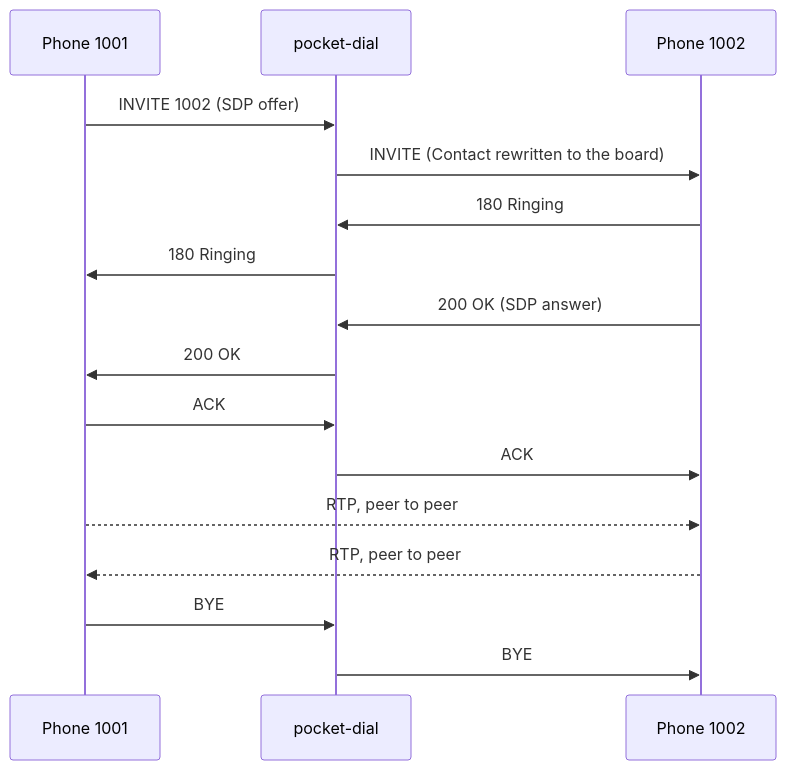
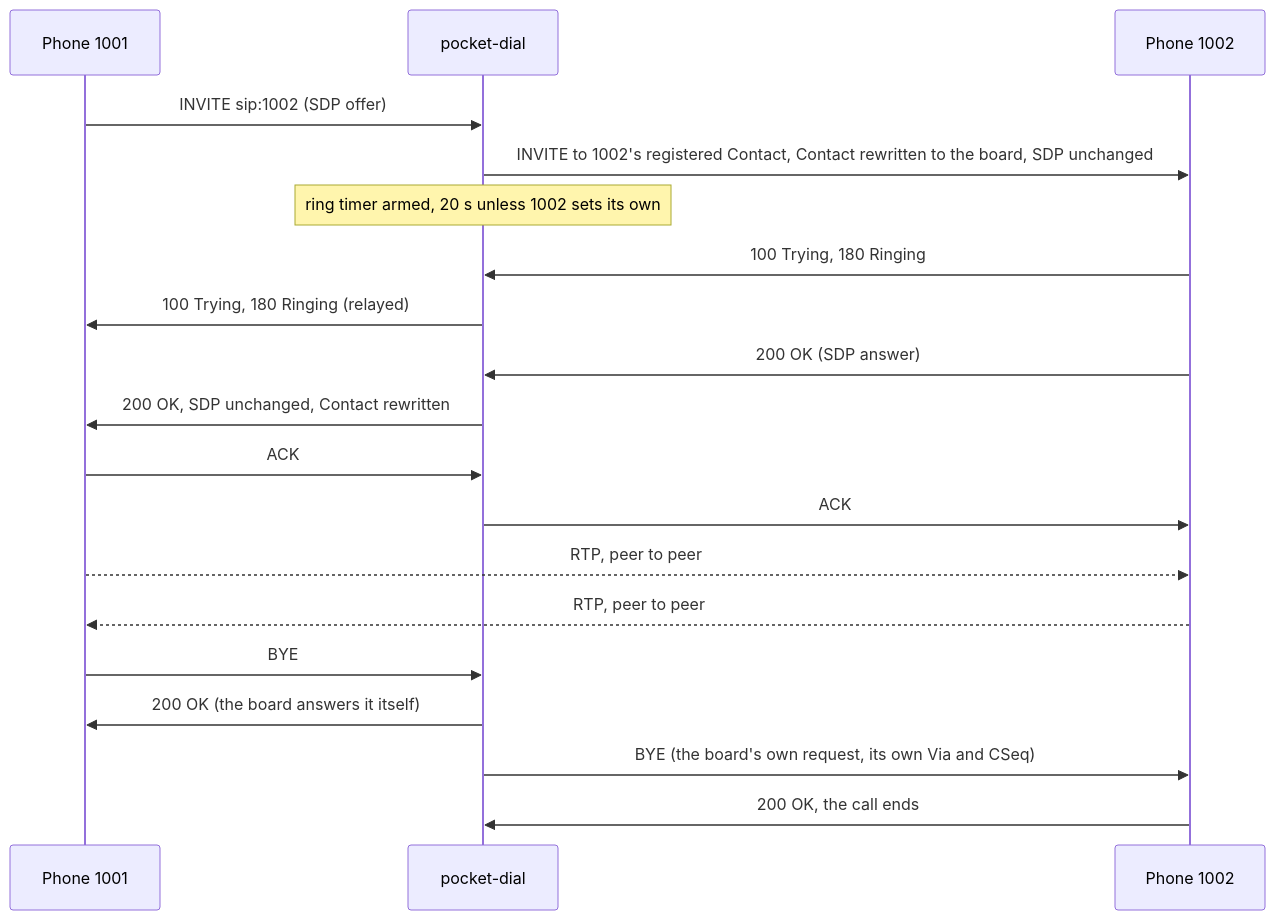
One commit to GlomarGadaffi/pocket-dial changed the second of 7 diagrams in README.md. Above: the diagram before and after it, drawn with Mermaid. The commit also changed other lines of this file and 3 other files, not shown here.

First line of the commit message:
docs: redraw the site diagrams against the code on main

````diff
--- a/README.md
+++ b/README.md
@@ -24,18 +27,21 @@
 ```mermaid
 sequenceDiagram
     participant A as Phone 1001
     participant P as pocket-dial
     participant B as Phone 1002
-    A->>P: INVITE 1002 (SDP offer)
-    P->>B: INVITE (Contact rewritten to the board)
-    B->>P: 180 Ringing
-    P->>A: 180 Ringing
+    A->>P: INVITE sip:1002 (SDP offer)
+    P->>B: INVITE to 1002's registered Contact, Contact rewritten to the board, SDP unchanged
+    Note over P: ring timer armed, 20 s unless 1002 sets its own
+    B->>P: 100 Trying, 180 Ringing
+    P->>A: 100 Trying, 180 Ringing (relayed)
     B->>P: 200 OK (SDP answer)
-    P->>A: 200 OK
+    P->>A: 200 OK, SDP unchanged, Contact rewritten
     A->>P: ACK
     P->>B: ACK
     A-->>B: RTP, peer to peer
     B-->>A: RTP, peer to peer
     A->>P: BYE
-    P->>B: BYE
+    P->>A: 200 OK (the board answers it itself)
+    P->>B: BYE (the board's own request, its own Via and CSeq)
+    B->>P: 200 OK, the call ends
 ```
````
